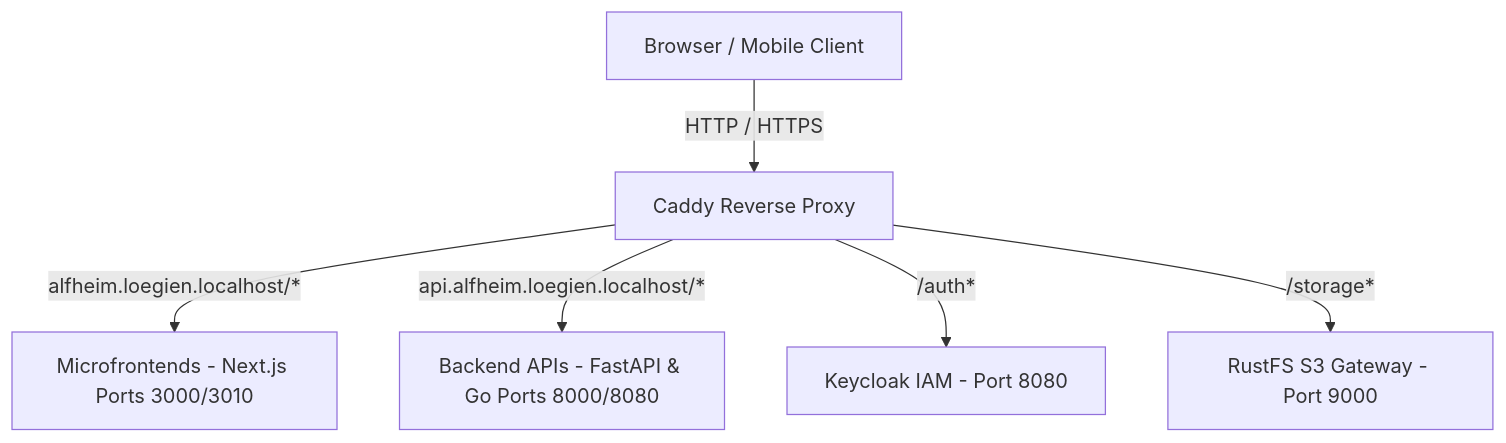
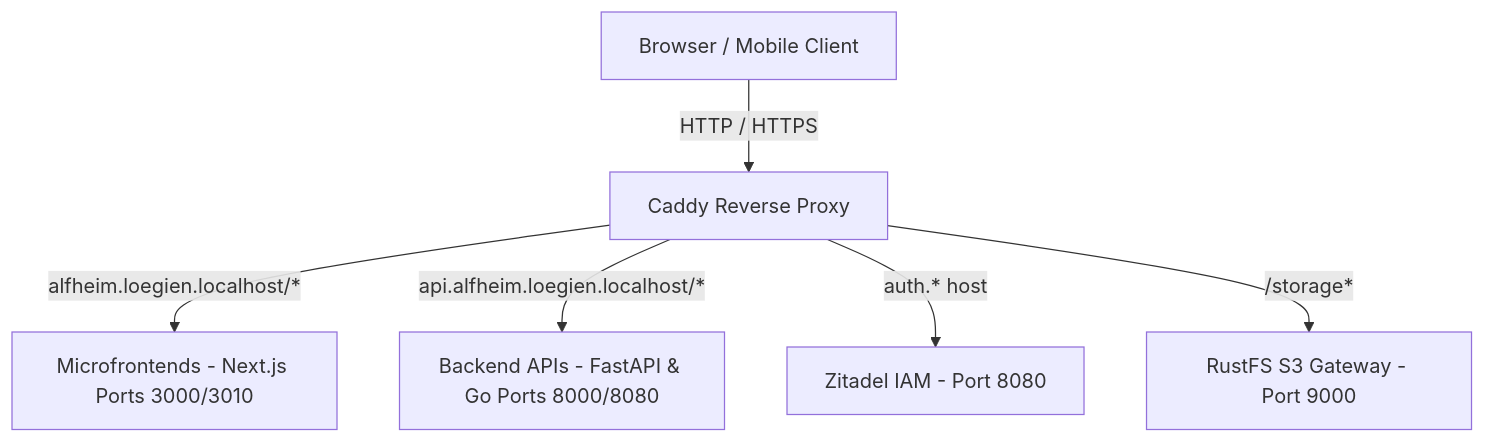
The diagram in infrastructure/caddy/README.md (KroegerLeif/Alfheim), drawn with Mermaid before and after one commit. The commit also changed other lines of this file and 10 other files, not shown here.

First line of the commit message:
docs(arch): align component READMEs with Zitadel IAM

````diff
--- a/infrastructure/caddy/README.md
+++ b/infrastructure/caddy/README.md
@@ -11,8 +11,8 @@
 ```mermaid
 graph TD
   Client[Browser / Mobile Client] -->|HTTP / HTTPS| Caddy[Caddy Reverse Proxy]
   Caddy -->|alfheim.loegien.localhost/*| MFE[Microfrontends - Next.js Ports 3000/3010]
   Caddy -->|api.alfheim.loegien.localhost/*| API[Backend APIs - FastAPI & Go Ports 8000/8080]
-  Caddy -->|/auth*| Keycloak[Keycloak IAM - Port 8080]
+  Caddy -->|auth.* host| Zitadel[Zitadel IAM - Port 8080]
   Caddy -->|/storage*| RustFS[RustFS S3 Gateway - Port 9000]
 ```
````
